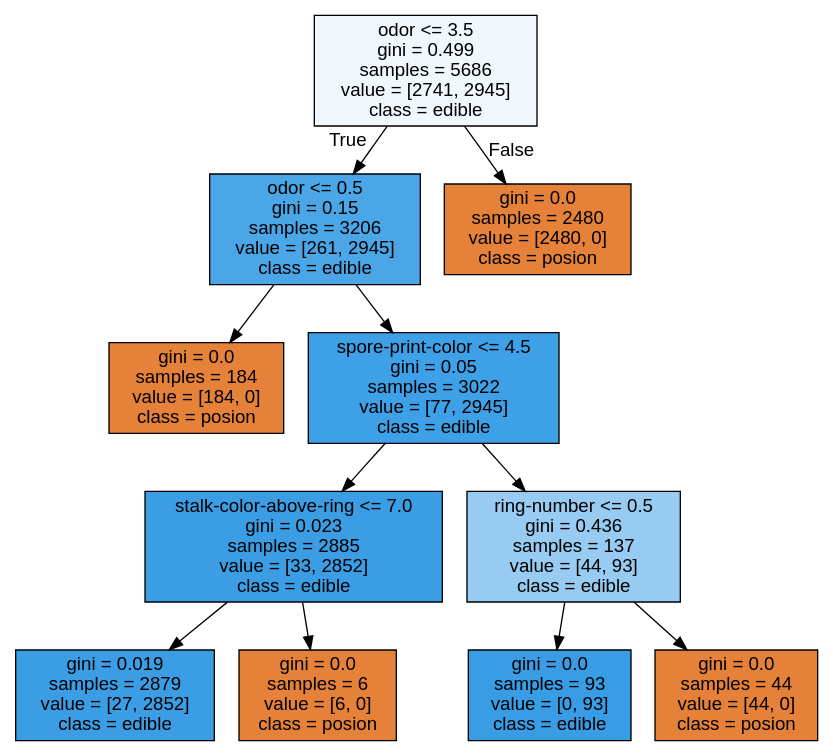
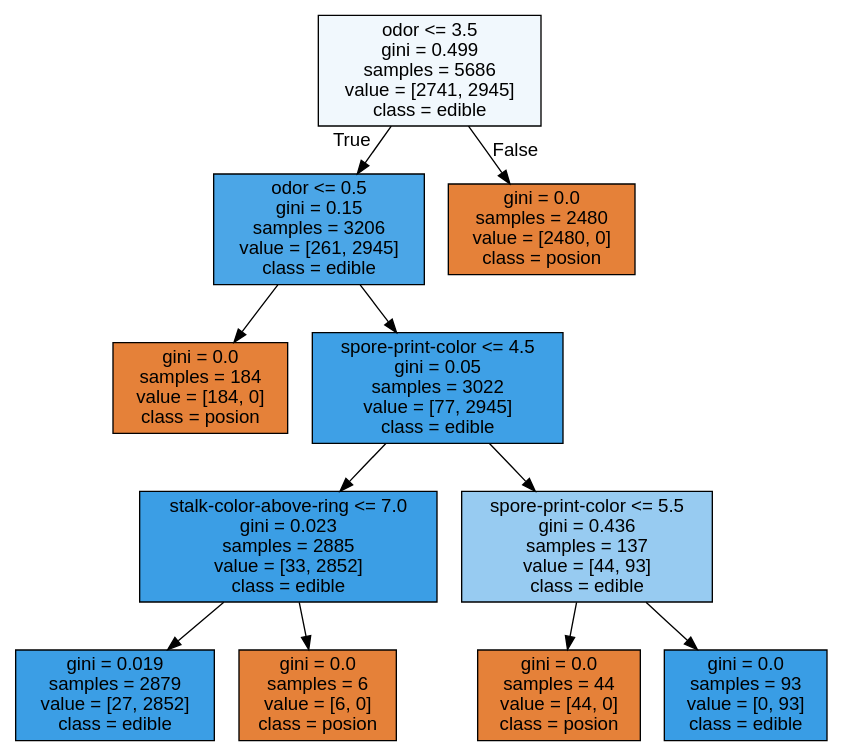
The diagram in EX_ML/data/best_dtc_mushroom_tree.dot (WonRyeong1207/KDT6), drawn with Graphviz before and after one commit. The commit also changed 3 other files, not shown here.

```diff
--- a/EX_ML/data/best_dtc_mushroom_tree.dot
+++ b/EX_ML/data/best_dtc_mushroom_tree.dot
@@ -1,25 +1,25 @@
 digraph Tree {
 node [shape=box, style="filled", color="black", fontname="helvetica"] ;
 edge [fontname="helvetica"] ;
 0 [label="odor <= 3.5\ngini = 0.499\nsamples = 5686\nvalue = [2741, 2945]\nclass = edible", fillcolor="#f1f8fd"] ;
 1 [label="odor <= 0.5\ngini = 0.15\nsamples = 3206\nvalue = [261, 2945]\nclass = edible", fillcolor="#4ba6e7"] ;
 0 -> 1 [labeldistance=2.5, labelangle=45, headlabel="True"] ;
 2 [label="gini = 0.0\nsamples = 184\nvalue = [184, 0]\nclass = posion", fillcolor="#e58139"] ;
 1 -> 2 ;
 3 [label="spore-print-color <= 4.5\ngini = 0.05\nsamples = 3022\nvalue = [77, 2945]\nclass = edible", fillcolor="#3ea0e6"] ;
 1 -> 3 ;
 4 [label="stalk-color-above-ring <= 7.0\ngini = 0.023\nsamples = 2885\nvalue = [33, 2852]\nclass = edible", fillcolor="#3b9ee5"] ;
 3 -> 4 ;
 5 [label="gini = 0.019\nsamples = 2879\nvalue = [27, 2852]\nclass = edible", fillcolor="#3b9ee5"] ;
 4 -> 5 ;
 6 [label="gini = 0.0\nsamples = 6\nvalue = [6, 0]\nclass = posion", fillcolor="#e58139"] ;
 4 -> 6 ;
-7 [label="ring-number <= 0.5\ngini = 0.436\nsamples = 137\nvalue = [44, 93]\nclass = edible", fillcolor="#97cbf1"] ;
+7 [label="spore-print-color <= 5.5\ngini = 0.436\nsamples = 137\nvalue = [44, 93]\nclass = edible", fillcolor="#97cbf1"] ;
 3 -> 7 ;
-8 [label="gini = 0.0\nsamples = 93\nvalue = [0, 93]\nclass = edible", fillcolor="#399de5"] ;
+8 [label="gini = 0.0\nsamples = 44\nvalue = [44, 0]\nclass = posion", fillcolor="#e58139"] ;
 7 -> 8 ;
-9 [label="gini = 0.0\nsamples = 44\nvalue = [44, 0]\nclass = posion", fillcolor="#e58139"] ;
+9 [label="gini = 0.0\nsamples = 93\nvalue = [0, 93]\nclass = edible", fillcolor="#399de5"] ;
 7 -> 9 ;
 10 [label="gini = 0.0\nsamples = 2480\nvalue = [2480, 0]\nclass = posion", fillcolor="#e58139"] ;
 0 -> 10 [labeldistance=2.5, labelangle=-45, headlabel="False"] ;
 }
```
